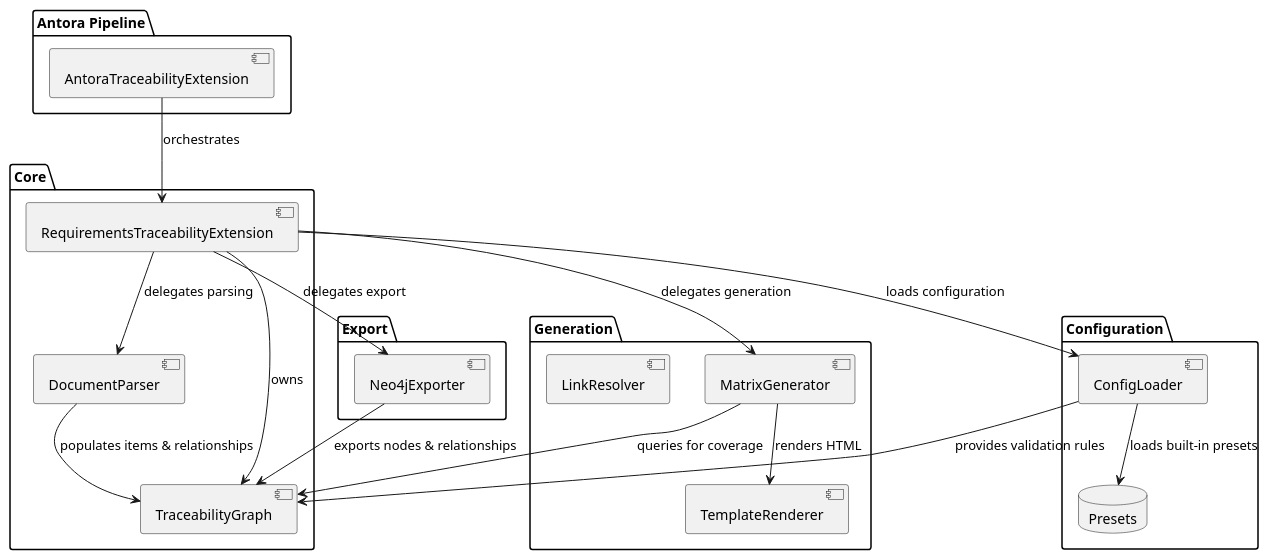
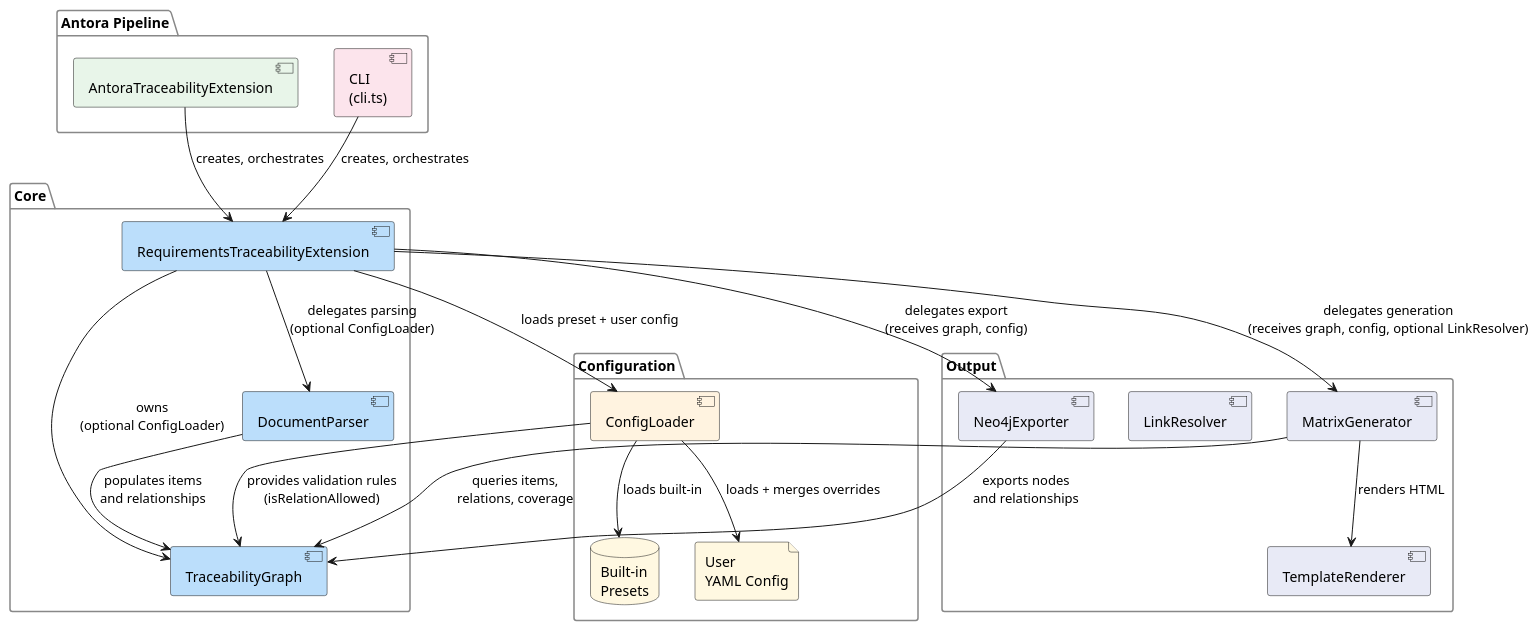
Before and after one commit to rattermeyer/antora-tracer: the diagram in examples/modules/ROOT/examples/bb-overview.puml, drawn with PlantUML. The commit also changed 4 other files, not shown here.

First line of the commit message:
docs: add three architecture diagrams with element tables

```diff
--- a/examples/modules/ROOT/examples/bb-overview.puml
+++ b/examples/modules/ROOT/examples/bb-overview.puml
@@ -1,41 +1,51 @@
 @startuml
+' Component architecture — who depends on whom, why, and whether via constructor injection
+
+skinparam packageBorderColor #888888
+skinparam componentBackgroundColor #F8F9FA
+
 package "Antora Pipeline" {
-  [AntoraTraceabilityExtension] as antora_ext
+  [AntoraTraceabilityExtension] as antora_ext #E8F5E9
+  [CLI\n(cli.ts)] as cli #FCE4EC
 }
 
 package "Core" {
-  [RequirementsTraceabilityExtension] as main_ext
-  [DocumentParser] as parser
-  [TraceabilityGraph] as graph
-}
-
-package "Generation" {
-  [MatrixGenerator] as matrix
-  [TemplateRenderer] as templates
-  [LinkResolver] as linkresolver
-}
-
-package "Export" {
-  [Neo4jExporter] as neo4j
+  [RequirementsTraceabilityExtension] as main_ext #BBDEFB
+  [DocumentParser] as parser #BBDEFB
+  [TraceabilityGraph] as graph #BBDEFB
 }
 
 package "Configuration" {
-  [ConfigLoader] as config
-  database "Presets" as presets
+  [ConfigLoader] as config #FFF3E0
+  database "Built-in\nPresets" as presets #FFF8E1
+  file "User\nYAML Config" as userconfig #FFF8E1
 }
 
-antora_ext --> main_ext : orchestrates
-main_ext --> parser : delegates parsing
-main_ext --> graph : owns
-main_ext --> matrix : delegates generation
-main_ext --> neo4j : delegates export
-main_ext --> config : loads configuration
+package "Output" {
+  [MatrixGenerator] as matrix #E8EAF6
+  [TemplateRenderer] as templates #E8EAF6
+  [LinkResolver] as linkresolver #E8EAF6
+  [Neo4jExporter] as neo4j #E8EAF6
+}
 
-parser --> graph : populates items & relationships
-matrix --> graph : queries for coverage
+' Constructor injection — arrow labels show the dependency
+antora_ext --> main_ext : creates, orchestrates
+cli --> main_ext : creates, orchestrates
+main_ext --> parser : delegates parsing\n(optional ConfigLoader)
+main_ext --> graph : owns\n(optional ConfigLoader)
+main_ext --> matrix : delegates generation\n(receives graph, config, optional LinkResolver)
+main_ext --> neo4j : delegates export\n(receives graph, config)
+main_ext --> config : loads preset + user config
+
+' Data flow
+parser --> graph : populates items\nand relationships
+matrix --> graph : queries items,\nrelations, coverage
 matrix --> templates : renders HTML
-neo4j --> graph : exports nodes & relationships
+neo4j --> graph : exports nodes\nand relationships
 
-config --> presets : loads built-in presets
-config --> graph : provides validation rules
+' Configuration flow
+config --> presets : loads built-in
+config --> userconfig : loads + merges overrides
+config --> graph : provides validation rules\n(isRelationAllowed)
+
 @enduml
```
